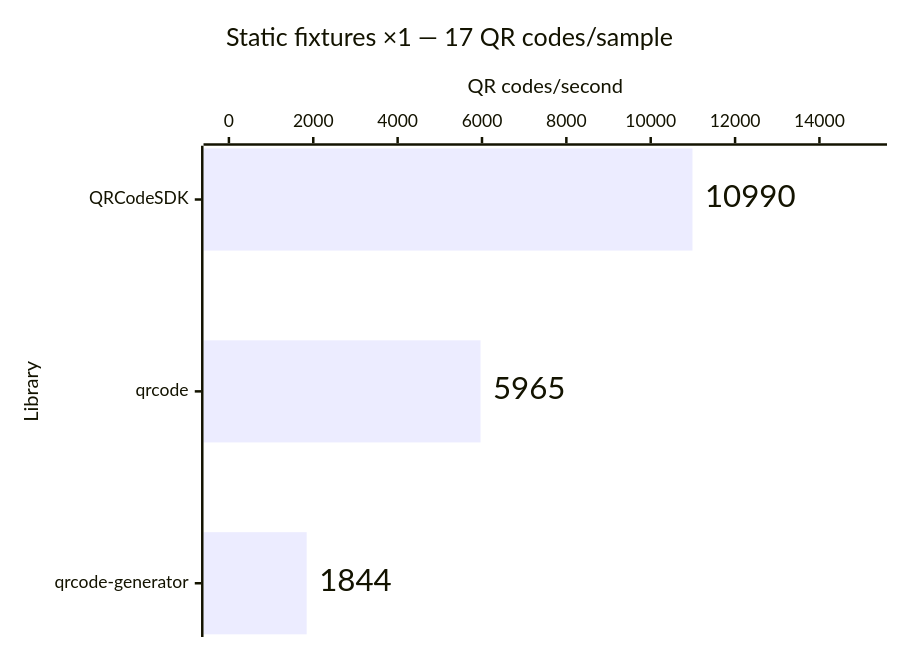
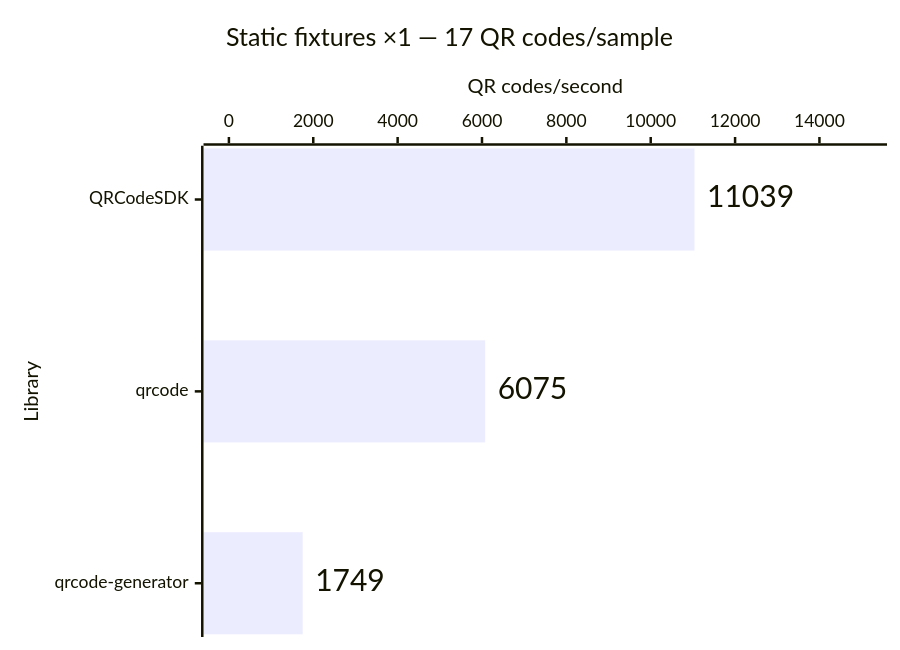
One commit to Dafnik/qrcodesdk changed the first of 14 diagrams in apps/docs/src/content/docs/learn/performance.md. Above: the diagram before and after it, drawn with Mermaid. The commit also changed other lines of this file, not shown here.

````diff
--- a/apps/docs/src/content/docs/learn/performance.md
+++ b/apps/docs/src/content/docs/learn/performance.md
@@ -29,15 +29,15 @@
 ```mermaid
 ---
 config:
   xyChart:
     showDataLabel: true
     showDataLabelOutsideBar: true
 ---
 xychart horizontal
   accTitle: Matrix generation: Static fixtures ×1 — 17 QR codes/sample
-  accDescr: Throughput calculated from median time. QRCodeSDK 10,990 QR codes per second, qrcode 5,965 QR codes per second, qrcode-generator 1,844 QR codes per second. Higher is better.
+  accDescr: Throughput calculated from median time. QRCodeSDK 11,039 QR codes per second, qrcode 6,075 QR codes per second, qrcode-generator 1,749 QR codes per second. Higher is better.
   title "Static fixtures ×1 — 17 QR codes/sample"
   x-axis "Library" ["QRCodeSDK", "qrcode", "qrcode-generator"]
   y-axis "QR codes/second" 0 --> 15000
-  bar [10990, 5965, 1844]
+  bar [11039, 6075, 1749]
 ```
````
